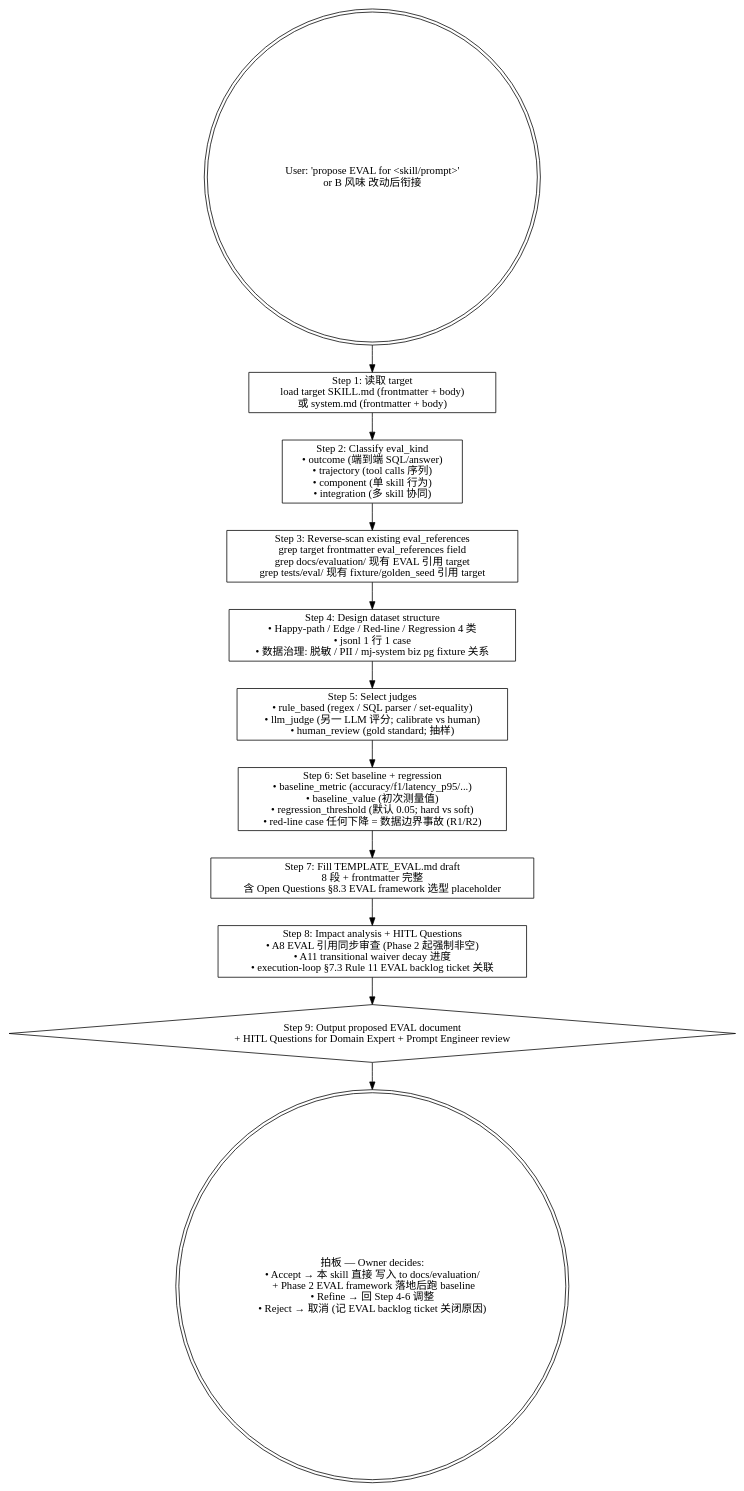
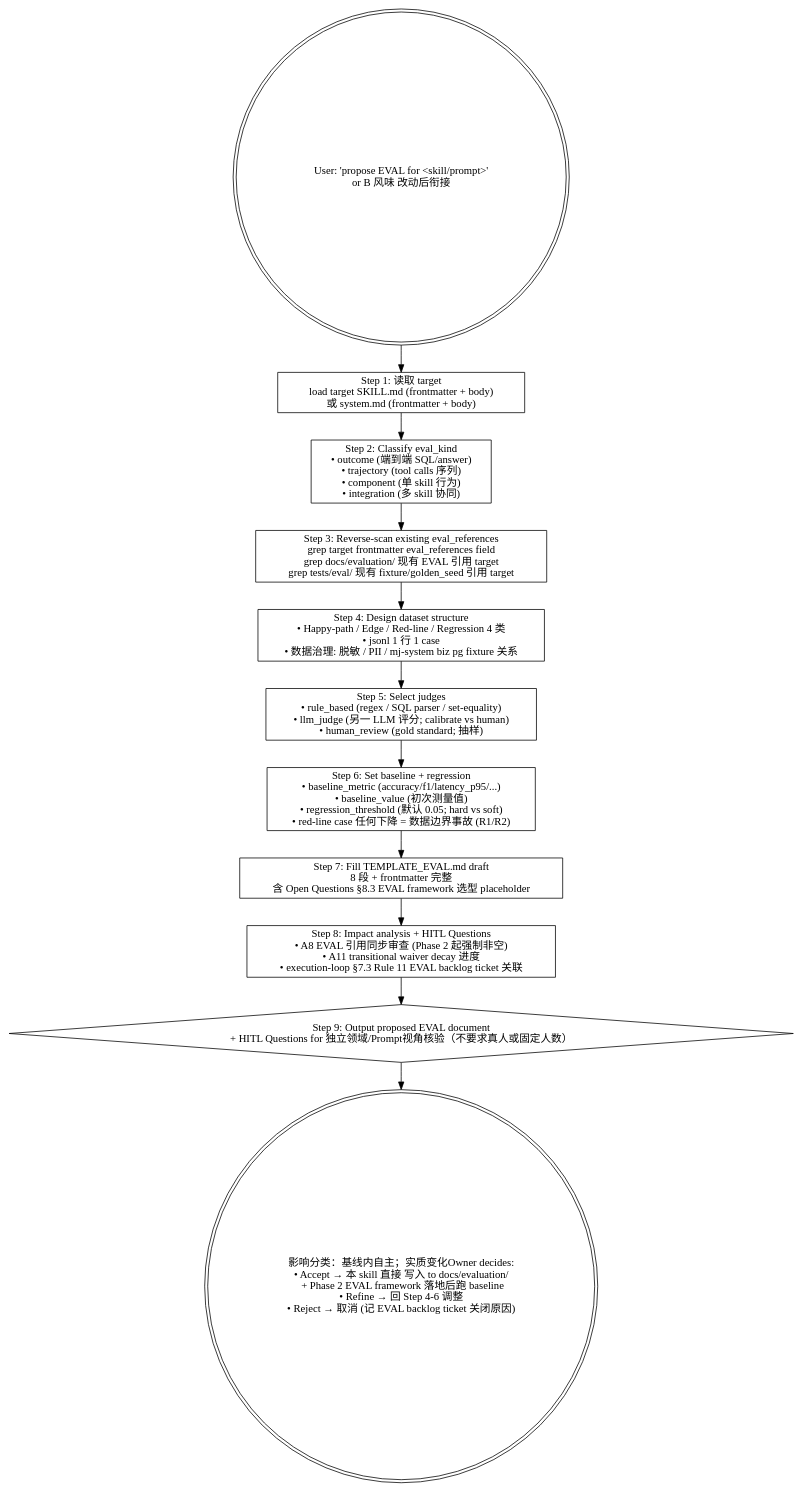
One commit to MJ-AgentLab/mj-agent changed the diagram in .agents/skills/mj-agent-runtime-eval-baseline/SKILL.md. Above: the diagram before and after it, drawn with Graphviz. The commit also changed other lines of this file and 134 other files, not shown here.

````diff
--- a/.agents/skills/mj-agent-runtime-eval-baseline/SKILL.md
+++ b/.agents/skills/mj-agent-runtime-eval-baseline/SKILL.md
@@ -61,28 +62,28 @@
 ```dot
 digraph eval_baseline {
   rankdir=TB;
   start [label="User: 'propose EVAL for <skill/prompt>'\nor B 风味 改动后衔接" shape=doublecircle];
 
   s1 [label="Step 1: 读取 target\nload target SKILL.md (frontmatter + body)\n或 system.md (frontmatter + body)" shape=box];
 
   s2 [label="Step 2: Classify eval_kind\n• outcome (端到端 SQL/answer)\n• trajectory (tool calls 序列)\n• component (单 skill 行为)\n• integration (多 skill 协同)" shape=box];
 
   s3 [label="Step 3: Reverse-scan existing eval_references\ngrep target frontmatter eval_references field\ngrep docs/evaluation/ 现有 EVAL 引用 target\ngrep tests/eval/ 现有 fixture/golden_seed 引用 target" shape=box];
 
   s4 [label="Step 4: Design dataset structure\n• Happy-path / Edge / Red-line / Regression 4 类\n• jsonl 1 行 1 case\n• 数据治理: 脱敏 / PII / mj-system biz pg fixture 关系" shape=box];
 
   s5 [label="Step 5: Select judges\n• rule_based (regex / SQL parser / set-equality)\n• llm_judge (另一 LLM 评分; calibrate vs human)\n• human_review (gold standard; 抽样)" shape=box];
 
   s6 [label="Step 6: Set baseline + regression\n• baseline_metric (accuracy/f1/latency_p95/...)\n• baseline_value (初次测量值)\n• regression_threshold (默认 0.05; hard vs soft)\n• red-line case 任何下降 = 数据边界事故 (R1/R2)" shape=box];
 
   s7 [label="Step 7: Fill TEMPLATE_EVAL.md draft\n8 段 + frontmatter 完整\n含 Open Questions §8.3 EVAL framework 选型 placeholder" shape=box];
 
   s8 [label="Step 8: Impact analysis + HITL Questions\n• A8 EVAL 引用同步审查 (Phase 2 起强制非空)\n• A11 transitional waiver decay 进度\n• execution-loop §7.3 Rule 11 EVAL backlog ticket 关联" shape=box];
 
-  s9 [label="Step 9: Output proposed EVAL document\n+ HITL Questions for Domain Expert + Prompt Engineer review" shape=diamond];
+  s9 [label="Step 9: Output proposed EVAL document\n+ HITL Questions for 独立领域/Prompt视角核验（不要求真人或固定人数）" shape=diamond];
 
-  hitl [label="拍板 — Owner decides:\n• Accept → 本 skill 直接 写入 to docs/evaluation/\n  + Phase 2 EVAL framework 落地后跑 baseline\n• Refine → 回 Step 4-6 调整\n• Reject → 取消 (记 EVAL backlog ticket 关闭原因)" shape=doublecircle];
+  hitl [label="影响分类：基线内自主；实质变化Owner decides:\n• Accept → 本 skill 直接 写入 to docs/evaluation/\n  + Phase 2 EVAL framework 落地后跑 baseline\n• Refine → 回 Step 4-6 调整\n• Reject → 取消 (记 EVAL backlog ticket 关闭原因)" shape=doublecircle];
 
   start -> s1 -> s2 -> s3 -> s4 -> s5 -> s6 -> s7 -> s8 -> s9 -> hitl;
 }
 ```
````
